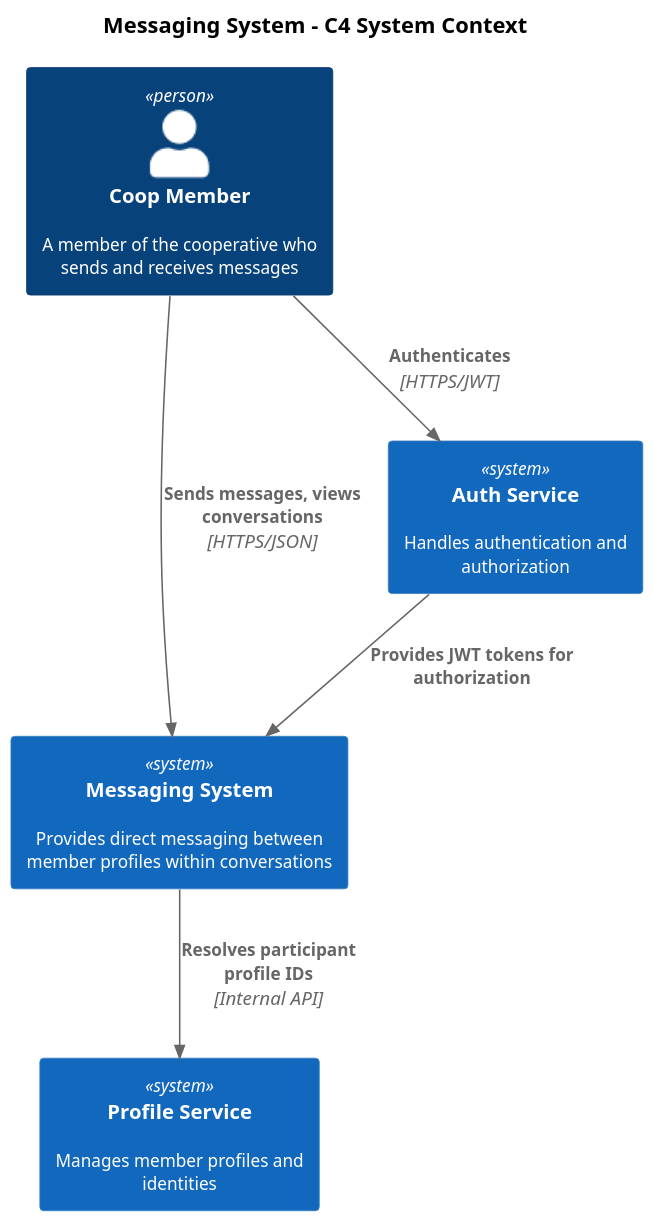
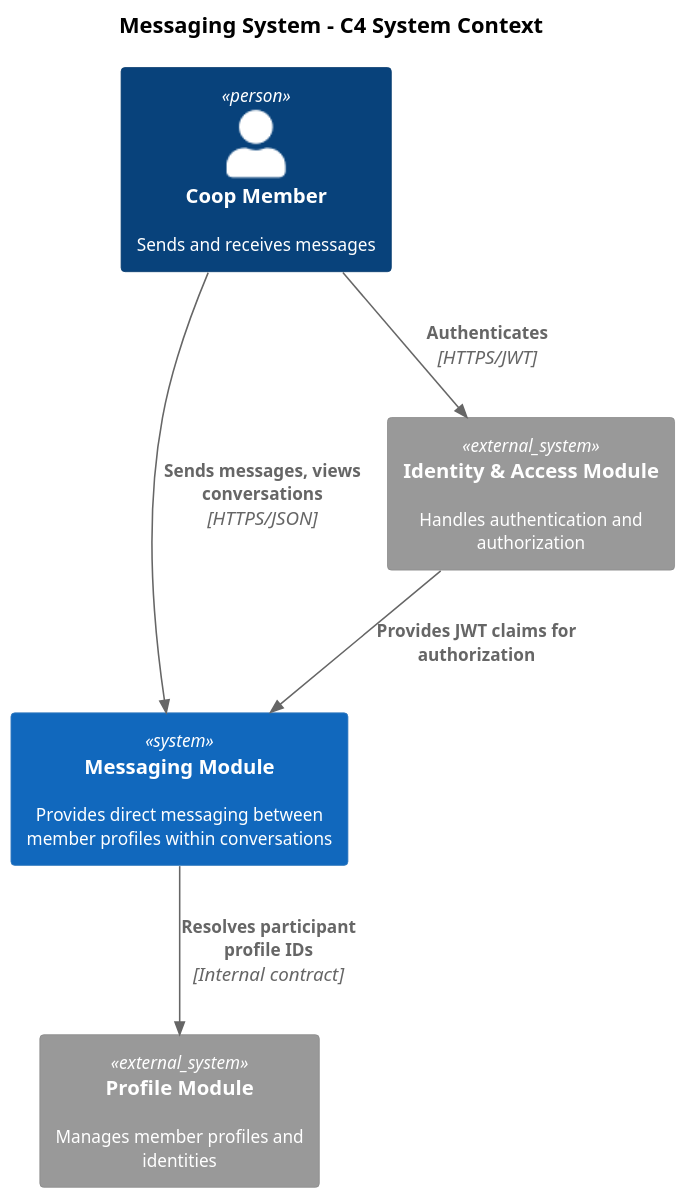
One commit to QuinntyneBrown/Coop changed the diagram in docs/detailed-designs/07-messaging-system/c4-context.puml. Above: the diagram before and after it, drawn with PlantUML. The commit also changed 10 other files, not shown here.

Commit message:
Update PlantUML diagrams for messaging, onboarding, theme, and API layer

```diff
--- a/docs/detailed-designs/07-messaging-system/c4-context.puml
+++ b/docs/detailed-designs/07-messaging-system/c4-context.puml
@@ -1,20 +1,20 @@
 @startuml c4-context
 !include https://raw.githubusercontent.com/plantuml-stdlib/C4-PlantUML/master/C4_Context.puml
 
 skinparam dpi 150
 skinparam defaultFontSize 11
 
 title Messaging System - C4 System Context
 
-Person(member, "Coop Member", "A member of the cooperative who sends and receives messages")
+Person(member, "Coop Member", "Sends and receives messages")
 
-System(messaging, "Messaging System", "Provides direct messaging between member profiles within conversations")
-System(profile, "Profile Service", "Manages member profiles and identities")
-System(auth, "Auth Service", "Handles authentication and authorization")
+System(messaging, "Messaging Module", "Provides direct messaging between member profiles within conversations")
+System_Ext(profile, "Profile Module", "Manages member profiles and identities")
+System_Ext(auth, "Identity & Access Module", "Handles authentication and authorization")
 
 Rel(member, messaging, "Sends messages, views conversations", "HTTPS/JSON")
-Rel(messaging, profile, "Resolves participant profile IDs", "Internal API")
+Rel(messaging, profile, "Resolves participant profile IDs", "Internal contract")
 Rel(member, auth, "Authenticates", "HTTPS/JWT")
-Rel(auth, messaging, "Provides JWT tokens for authorization")
+Rel(auth, messaging, "Provides JWT claims for authorization")
 
 @enduml
```
